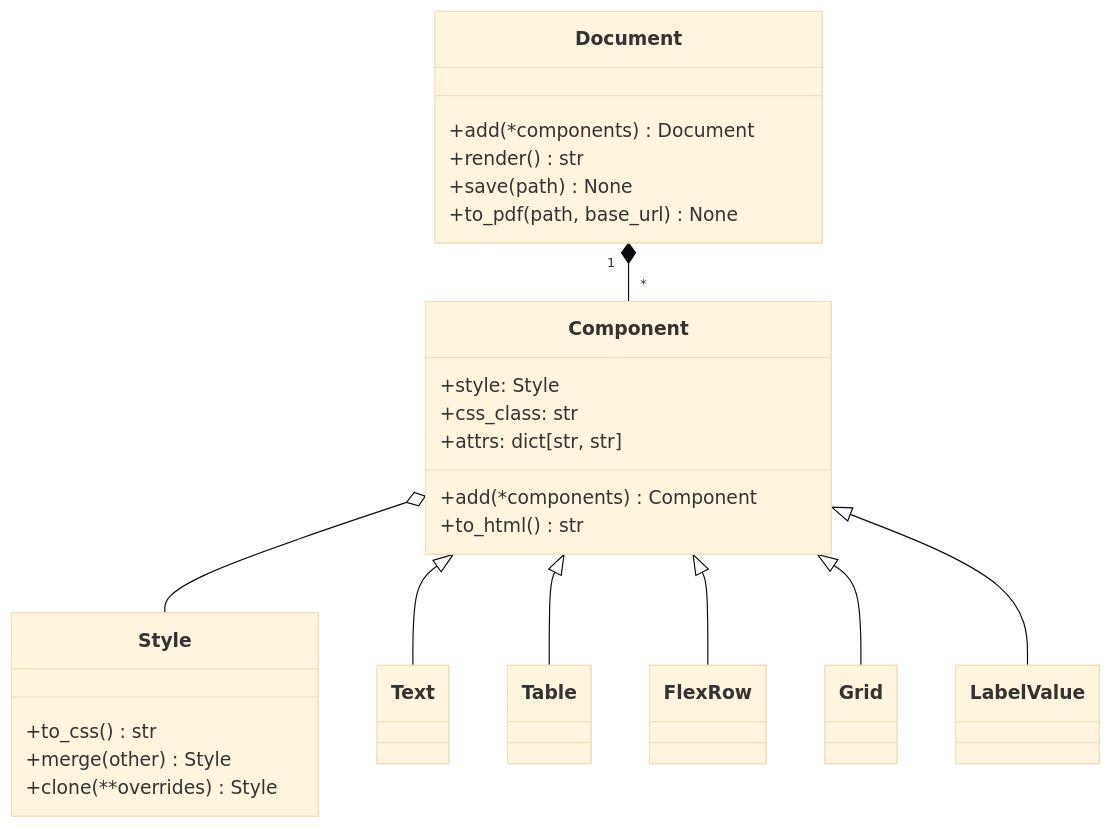
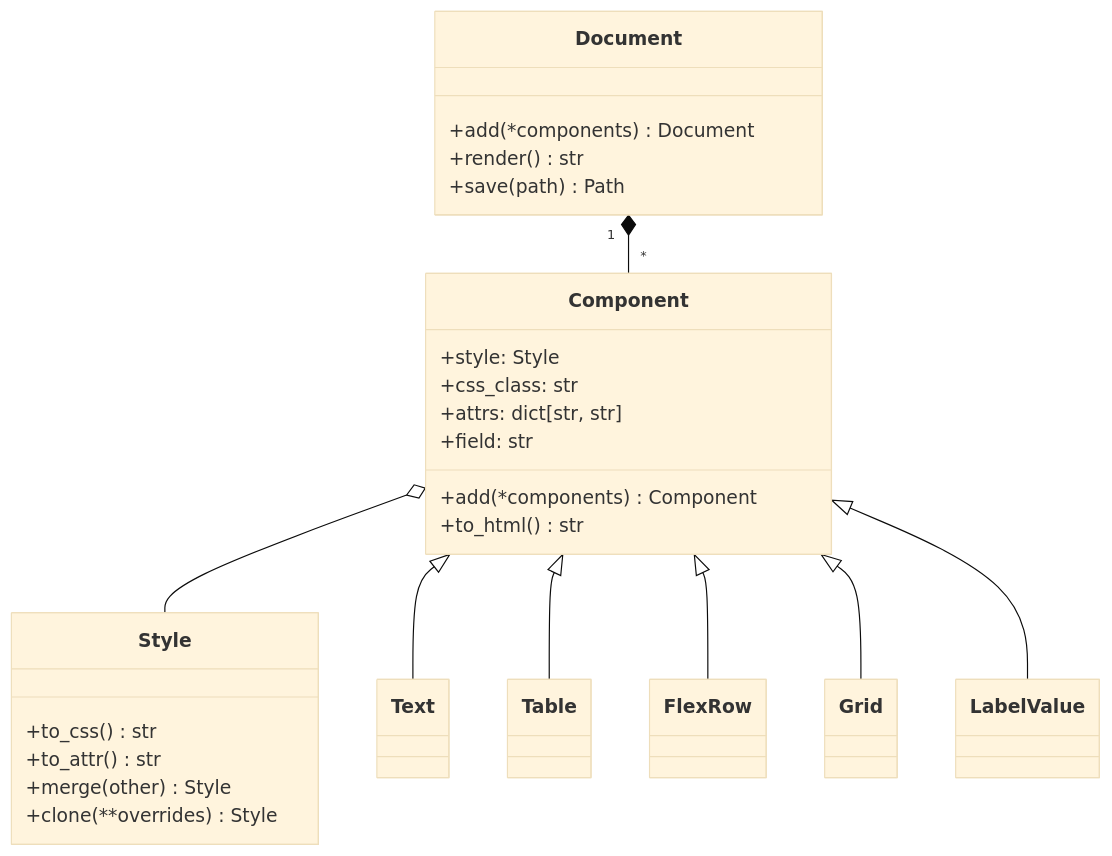
The diagram in documentation/DOCUMENTATION.md (monoastro/babu-documentation), drawn with Mermaid (base theme) before and after one commit. The commit also changed other lines of this file and 175 other files, not shown here.

````diff
--- a/documentation/DOCUMENTATION.md
+++ b/documentation/DOCUMENTATION.md
@@ -35,28 +36,29 @@
 ```mermaid
 classDiagram
     class Document {
         +add(*components) Document
         +render() str
-        +save(path) None
-        +to_pdf(path, base_url) None
+        +save(path) Path
     }
     class Component {
         +style: Style
         +css_class: str
         +attrs: dict[str, str]
+        +field: str
         +add(*components) Component
         +to_html() str
     }
     class Style {
         +to_css() str
+        +to_attr() str
         +merge(other) Style
         +clone(**overrides) Style
     }
     Document "1" *-- "*" Component
     Component o-- Style
     Component <|-- Text
     Component <|-- Table
     Component <|-- FlexRow
     Component <|-- Grid
     Component <|-- LabelValue
 ```
````
